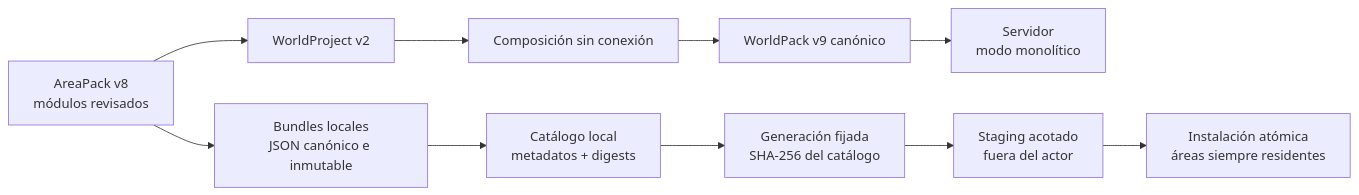
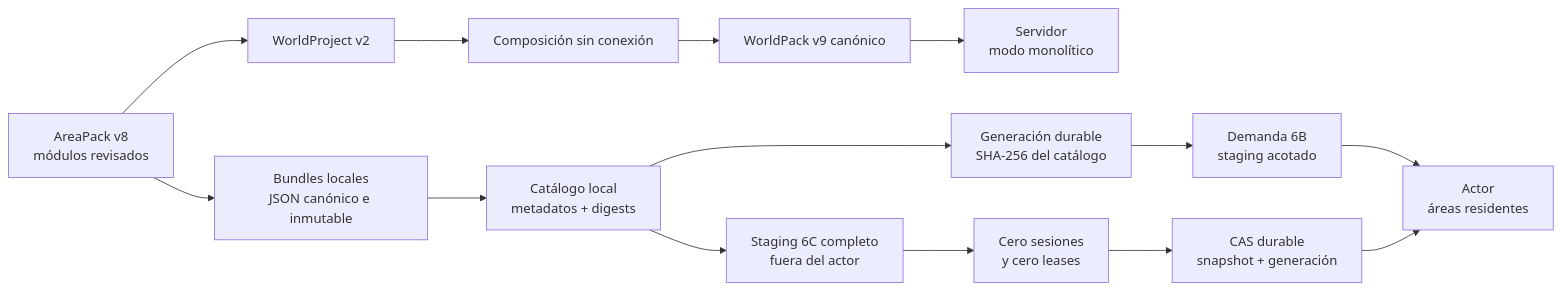
One commit to hyukudan/tiamud changed the seventh of 7 diagrams in README.md. Above: the diagram before and after it, drawn with Mermaid. The commit also changed other lines of this file and 29 other files, not shown here.

````diff
--- a/README.md
+++ b/README.md
@@ -547,15 +577,19 @@
 ```mermaid
 flowchart LR
-    accTitle: Autoría modular y carga local aditiva de áreas
-    accDescr: Los mismos módulos producen un WorldPack monolítico y bundles locales. El servidor elige una ruta al arrancar; el modo catálogo fija una generación y añade áreas verificadas sin reemplazarlas ni descargarlas.
+    accTitle: Autoría modular y generaciones locales de áreas
+    accDescr: Los mismos módulos producen un WorldPack monolítico y bundles locales. El servidor puede añadir áreas de la generación activa y sustituir la generación completa solo durante un corte quiescente; no descarga áreas.
 
     Areas[AreaPack v8<br/>módulos revisados] --> Project[WorldProject v2]
     Project --> Compose[Composición sin conexión]
     Compose --> World[WorldPack v9 canónico]
     World --> Runtime[Servidor<br/>modo monolítico]
     Areas --> Bundle[Bundles locales<br/>JSON canónico e inmutable]
     Bundle --> Catalog[Catálogo local<br/>metadatos + digests]
-    Catalog --> Fixed[Generación fijada<br/>SHA-256 del catálogo]
-    Fixed --> Stage[Staging acotado<br/>fuera del actor]
-    Stage --> Actor[Instalación atómica<br/>áreas siempre residentes]
+    Catalog --> Active[Generación durable<br/>SHA-256 del catálogo]
+    Active --> Demand[Demanda 6B<br/>staging acotado]
+    Demand --> Actor[Actor<br/>áreas residentes]
+    Catalog --> FullStage[Staging 6C completo<br/>fuera del actor]
+    FullStage --> Quiet[Cero sesiones<br/>y cero leases]
+    Quiet --> CAS[CAS durable<br/>snapshot + generación]
+    CAS --> Actor
 ```
````
